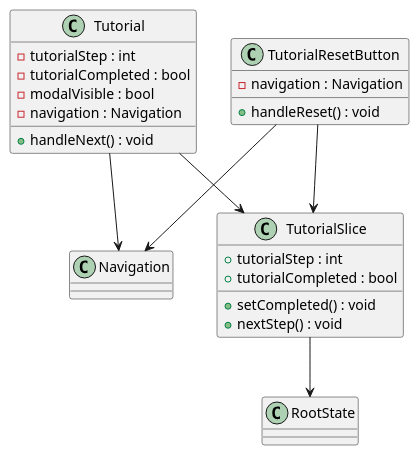
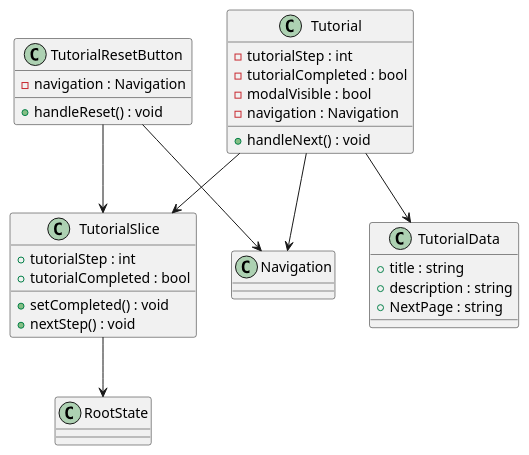
The diagram in tdd/tutorial.puml (Windesheim-AI/UML-diagrams), drawn with PlantUML before and after one commit.

Commit message:
feat: :art: Added Tutorial Data as a seperate class

```diff
--- a/tdd/tutorial.puml
+++ b/tdd/tutorial.puml
@@ -1,33 +1,40 @@
 @startuml ReactTutorialComponent
 
 class Tutorial {
     - tutorialStep : int
     - tutorialCompleted : bool
     - modalVisible : bool
     - navigation : Navigation
     + handleNext() : void
 }
 
 class Navigation {
 }
 
 
 class TutorialSlice{
     + tutorialStep : int
     + tutorialCompleted : bool
 
     + setCompleted() : void
     + nextStep() : void
 }
 
 class TutorialResetButton {
     - navigation : Navigation
 
     + handleReset() : void
 }
+
+class TutorialData{
+    + title : string
+    + description : string
+    + NextPage : string
+}
 Tutorial --> TutorialSlice
 Tutorial --> Navigation
+Tutorial --> TutorialData
 TutorialSlice --> RootState
 TutorialResetButton --> Navigation
 TutorialResetButton --> TutorialSlice
 @enduml
```
